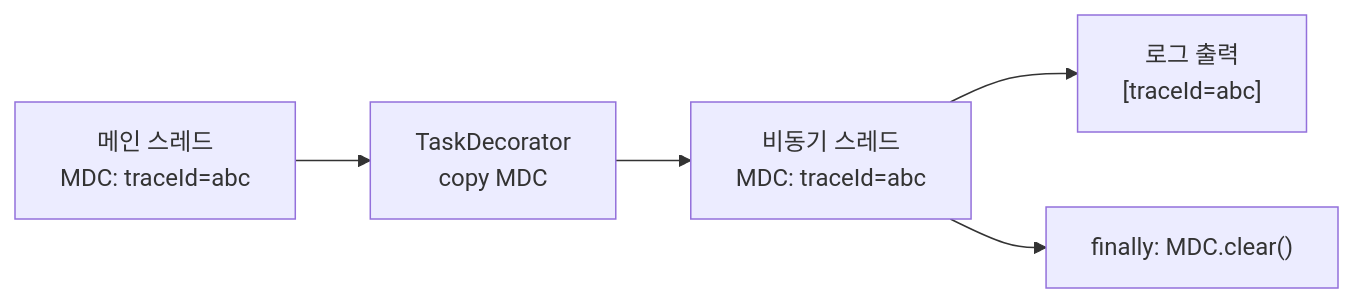
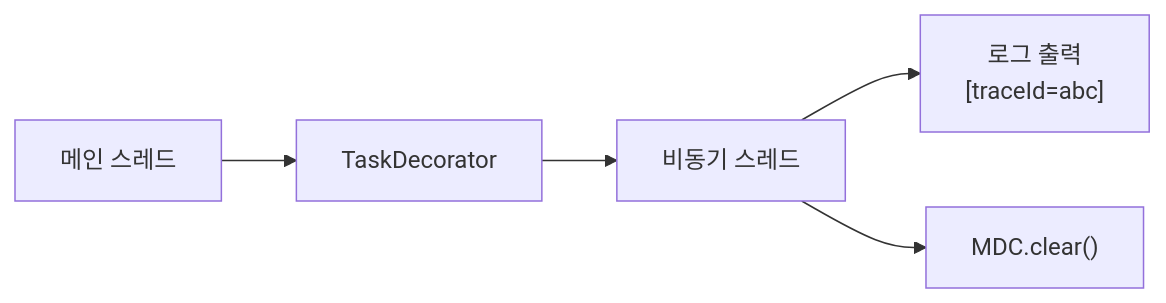
The third of 4 diagrams in _posts/spring/2026-05-01-spring-async.md (yjkim2015/yjkim2015.github.io), drawn with Mermaid before and after one commit. The commit also changed other lines of this file and 245 other files, not shown here.

First line of the commit message:
Mermaid 다이어그램 전면 수정 + 면접 포인트 접기/펼치기 + DB 데드락 페이지

````diff
--- a/_posts/spring/2026-05-01-spring-async.md
+++ b/_posts/spring/2026-05-01-spring-async.md
@@ -533,7 +533,7 @@
 ```mermaid
 graph LR
-    MT["메인 스레드\nMDC: traceId=abc"] --> DEC["TaskDecorator\ncopy MDC"]
-    DEC --> AT["비동기 스레드\nMDC: traceId=abc"]
+    MT["메인 스레드"] --> DEC["TaskDecorator"]
+    DEC --> AT["비동기 스레드"]
     AT --> LOG["로그 출력\n[traceId=abc]"]
-    AT --> CLR["finally: MDC.clear()"]
+    AT --> CLR["MDC.clear()"]
 ```
````
